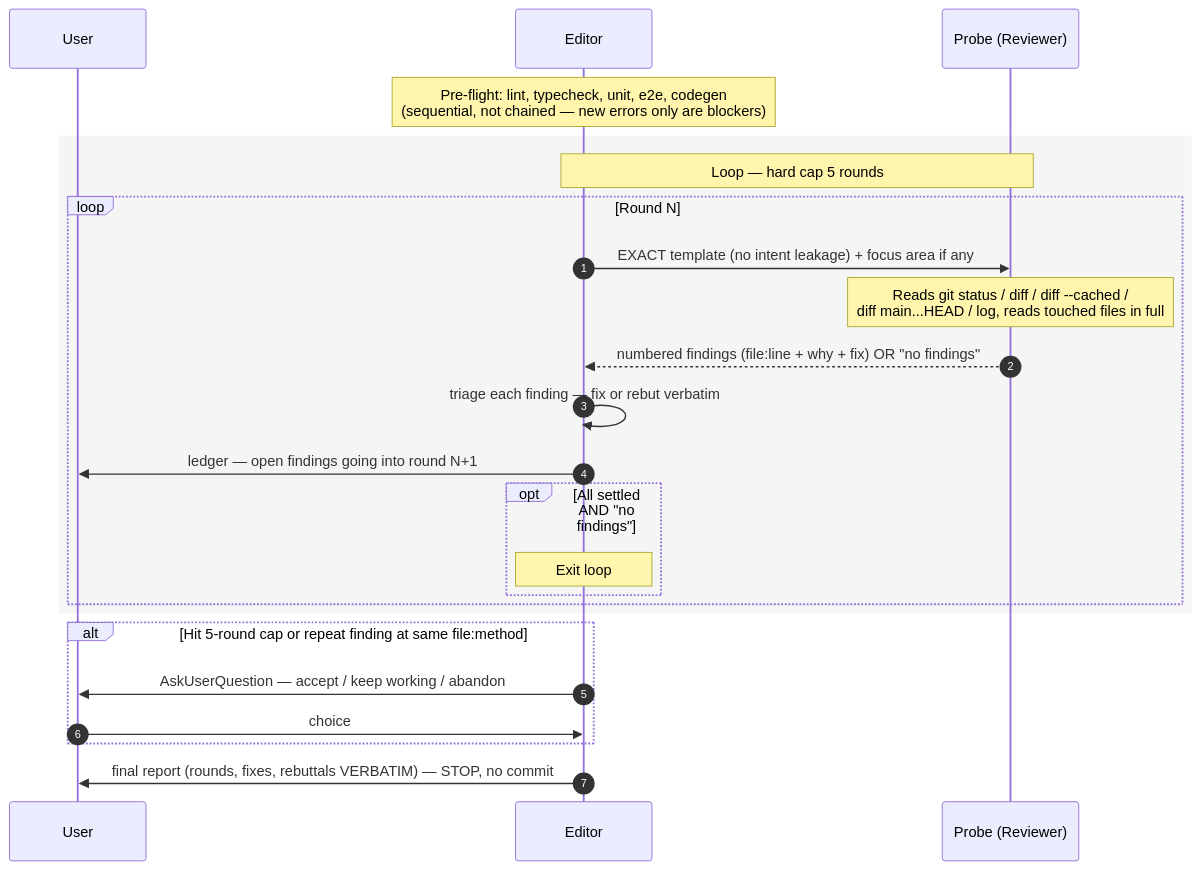
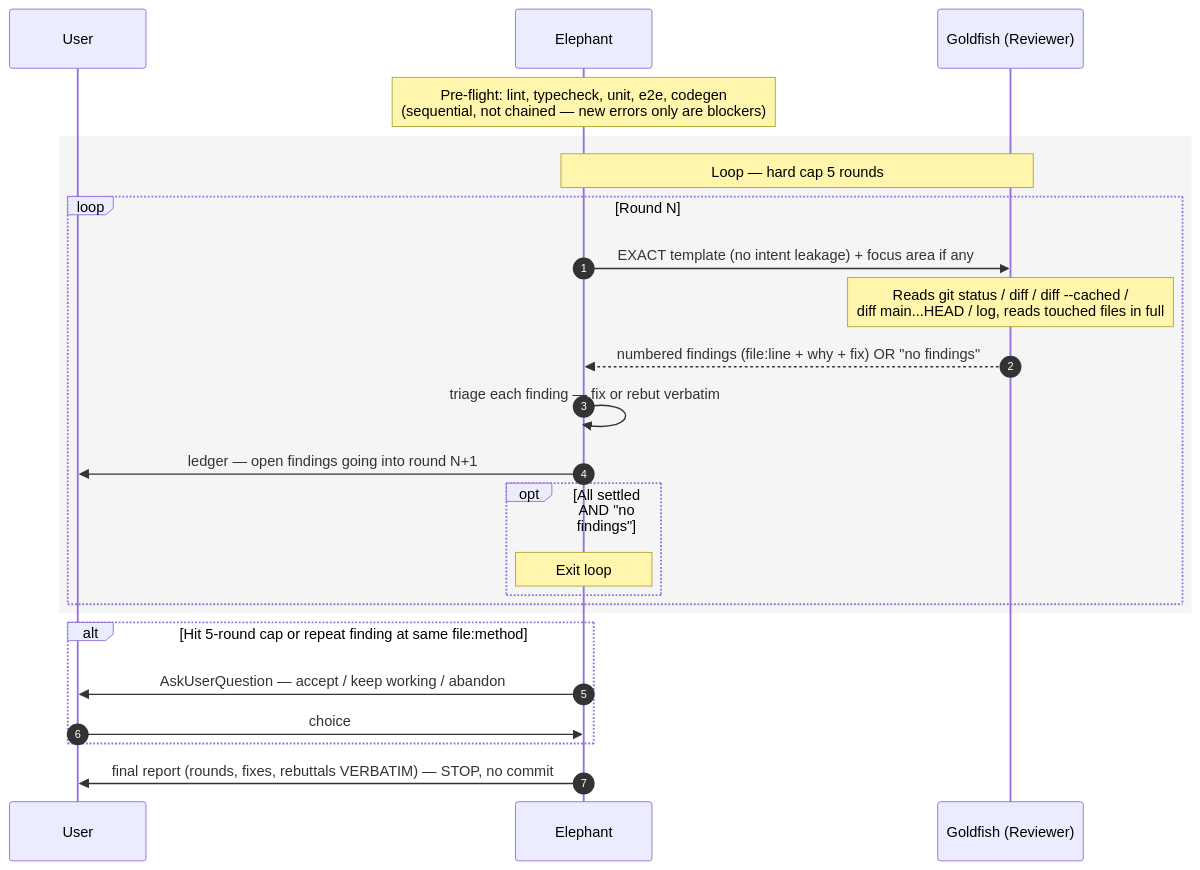
Before and after one commit to OmniPragmatic/claudeflows: the sixth of 6 diagrams in README.md, drawn with Mermaid. The commit also changed other lines of this file and 7 other files, not shown here.

First line of the commit message:
Refactor claudeflows plugin to adopt Elephant/Goldfish terminology across all skills and documentation

````diff
--- a/README.md
+++ b/README.md
@@ -304,30 +304,30 @@
 ```mermaid
 sequenceDiagram
     autonumber
     participant U as User
-    participant E as Editor
-    participant GR as Probe (Reviewer)
+    participant E as Elephant
+    participant GR as Goldfish (Reviewer)
 
     Note over E: Pre-flight: lint, typecheck, unit, e2e, codegen<br/>(sequential, not chained — new errors only are blockers)
 
     rect rgb(245,245,245)
     Note over E,GR: Loop — hard cap 5 rounds
     loop Round N
         E->>GR: EXACT template (no intent leakage) + focus area if any
         Note over GR: Reads git status / diff / diff --cached /<br/>diff main...HEAD / log, reads touched files in full
         GR-->>E: numbered findings (file:line + why + fix) OR "no findings"
         E->>E: triage each finding — fix or rebut verbatim
         E->>U: ledger — open findings going into round N+1
         opt All settled AND "no findings"
             Note over E: Exit loop
         end
     end
     end
 
     alt Hit 5-round cap or repeat finding at same file:method
         E->>U: AskUserQuestion — accept / keep working / abandon
         U->>E: choice
     end
 
     E->>U: final report (rounds, fixes, rebuttals VERBATIM) — STOP, no commit
 ```
````
